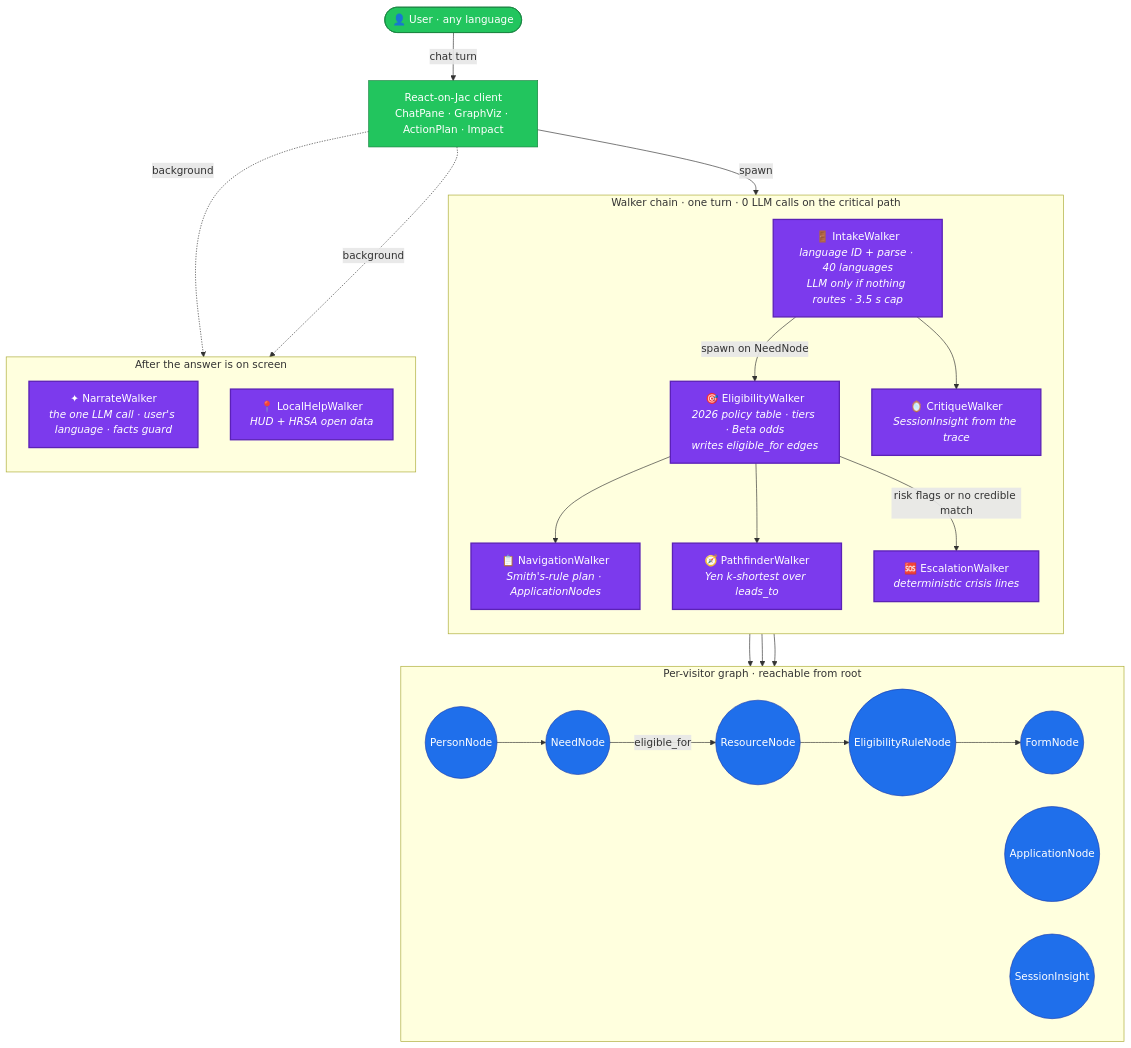
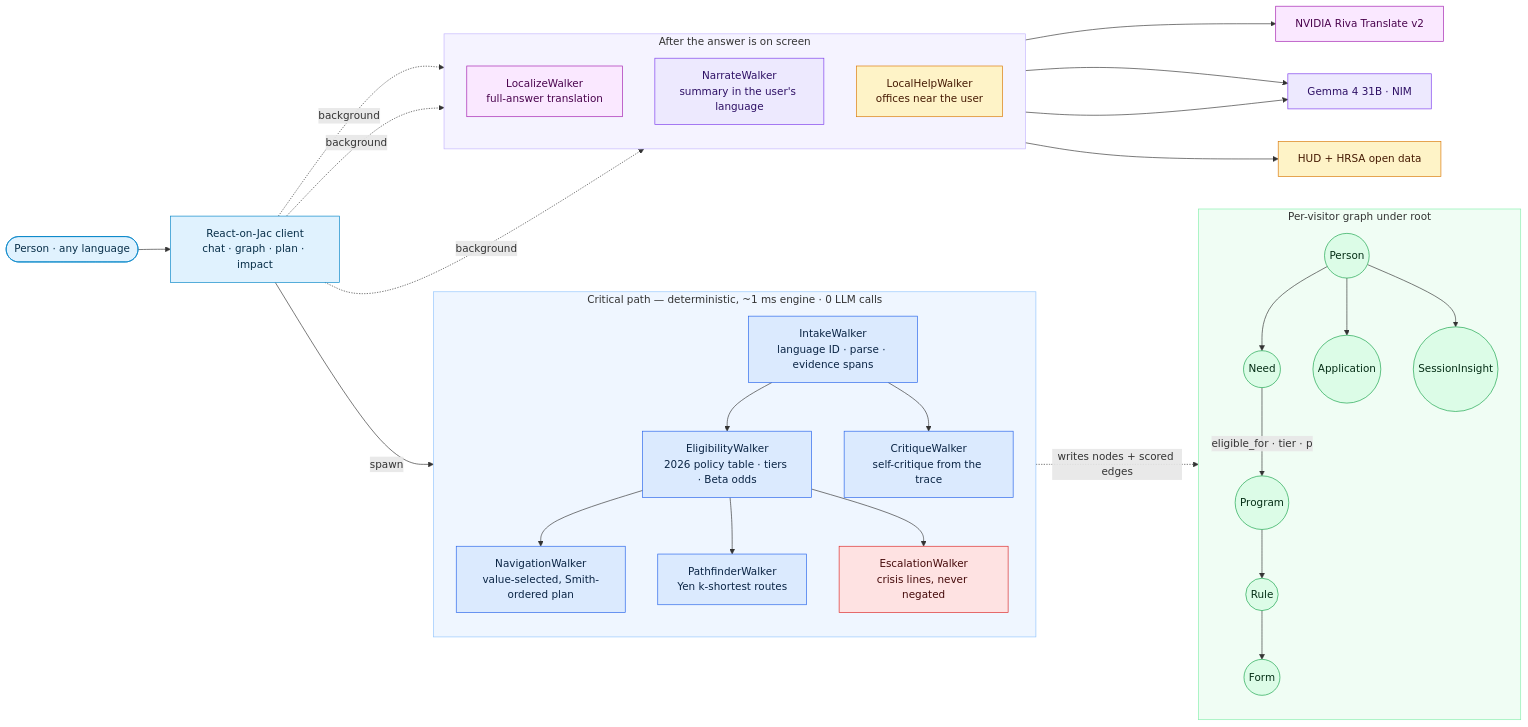
The first of 9 diagrams in README.md (Anbu-00001/CivicMesh), drawn with Mermaid before and after one commit. The commit also changed other lines of this file and 18 other files, not shown here.

````diff
--- a/README.md
+++ b/README.md
@@ -69,58 +60,56 @@
 ```mermaid
-flowchart TD
-    User([👤 User · any language])
-    Client[React-on-Jac client<br/>ChatPane · GraphViz · ActionPlan · Impact]
+flowchart LR
+    U([Person · any language]):::ui --> C[React-on-Jac client<br/>chat · graph · plan · impact]:::ui
 
-    User -->|chat turn| Client
-    Client -->|spawn| Intake
-
-    subgraph Pipeline ["Walker chain · one turn · 0 LLM calls on the critical path"]
+    subgraph CP["Critical path — deterministic, ~1 ms engine · 0 LLM calls"]
         direction TB
-        Intake[🚪 IntakeWalker<br/><i>language ID + parse · 40 languages<br/>LLM only if nothing routes · 3.5 s cap</i>]
-        Elig[🎯 EligibilityWalker<br/><i>2026 policy table · tiers · Beta odds<br/>writes eligible_for edges</i>]
-        Nav[📋 NavigationWalker<br/><i>Smith's-rule plan · ApplicationNodes</i>]
-        Path[🧭 PathfinderWalker<br/><i>Yen k-shortest over leads_to</i>]
-        Esc[🆘 EscalationWalker<br/><i>deterministic crisis lines</i>]
-        Crit[🪞 CritiqueWalker<br/><i>SessionInsight from the trace</i>]
+        I[IntakeWalker<br/>language ID · parse · evidence spans]:::det
+        E[EligibilityWalker<br/>2026 policy table · tiers · Beta odds]:::det
+        N[NavigationWalker<br/>value-selected, Smith-ordered plan]:::det
+        P[PathfinderWalker<br/>Yen k-shortest routes]:::det
+        X[EscalationWalker<br/>crisis lines, never negated]:::safety
+        K[CritiqueWalker<br/>self-critique from the trace]:::det
+        I --> E --> N
+        E --> P
+        E --> X
+        I --> K
     end
 
-    subgraph Async ["After the answer is on screen"]
+    subgraph BG["After the answer is on screen"]
         direction TB
-        Narr[✦ NarrateWalker<br/><i>the one LLM call · user's language · facts guard</i>]
-        Local[📍 LocalHelpWalker<br/><i>HUD + HRSA open data</i>]
+        T[LocalizeWalker<br/>full-answer translation]:::mt
+        R[NarrateWalker<br/>summary in the user's language]:::llm
+        L[LocalHelpWalker<br/>offices near the user]:::ext
     end
 
-    Intake -->|spawn on NeedNode| Elig
-    Elig --> Nav
-    Elig --> Path
-    Elig -->|risk flags or no credible match| Esc
-    Intake --> Crit
-    Client -.->|background| Narr
-    Client -.->|background| Local
-
-    subgraph Graph ["Per-visitor graph · reachable from root"]
-        direction LR
-        Person((PersonNode))
-        Need((NeedNode))
-        Resource((ResourceNode))
-        Rule((EligibilityRuleNode))
-        Form((FormNode))
-        App((ApplicationNode))
-        Insight((SessionInsight))
+    subgraph G["Per-visitor graph under root"]
+        direction TB
+        PN((Person)):::data --> ND((Need)):::data
+        ND -->|eligible_for · tier · p| RS((Program)):::data
+        RS --> RU((Rule)):::data
+        RU --> FM((Form)):::data
+        PN --> AP((Application)):::data
+        PN --> SI((SessionInsight)):::data
     end
 
-    Intake --> Person
-    Person --> Need
-    Need -->|eligible_for| Resource
-    Resource --> Rule
-    Rule --> Form
-    Nav --> App
-    Crit --> Insight
+    C -->|spawn| I
+    CP -.writes nodes + scored edges.-> G
+    C -.background.-> T
+    C -.background.-> R
+    C -.background.-> L
+    T --> RT[NVIDIA Riva Translate v2]:::mt
+    T --> GM[Gemma 4 31B · NIM]:::llm
+    R --> GM
+    L --> OD[HUD + HRSA open data]:::ext
 
-    classDef walker fill:#7c3aed,stroke:#5b21b6,color:#fff,stroke-width:2px
-    classDef nodecls fill:#1f6feb,stroke:#1e40af,color:#fff
-    classDef ui fill:#22c55e,stroke:#15803d,color:#fff
-    class Intake,Elig,Nav,Path,Esc,Crit,Narr,Local walker
-    class Person,Need,Resource,Rule,Form,App,Insight nodecls
-    class Client,User ui
+    classDef ui fill:#e0f2fe,stroke:#0284c7,color:#082f49
+    classDef det fill:#dbeafe,stroke:#2563eb,color:#0b2545
+    classDef safety fill:#fee2e2,stroke:#dc2626,color:#450a0a
+    classDef llm fill:#ede9fe,stroke:#7c3aed,color:#2e1065
+    classDef mt fill:#fae8ff,stroke:#a21caf,color:#4a044e
+    classDef ext fill:#fef3c7,stroke:#d97706,color:#451a03
+    classDef data fill:#dcfce7,stroke:#16a34a,color:#052e16
+    style CP fill:#eff6ff,stroke:#93c5fd
+    style BG fill:#f5f3ff,stroke:#c4b5fd
+    style G fill:#f0fdf4,stroke:#86efac
 ```
````
